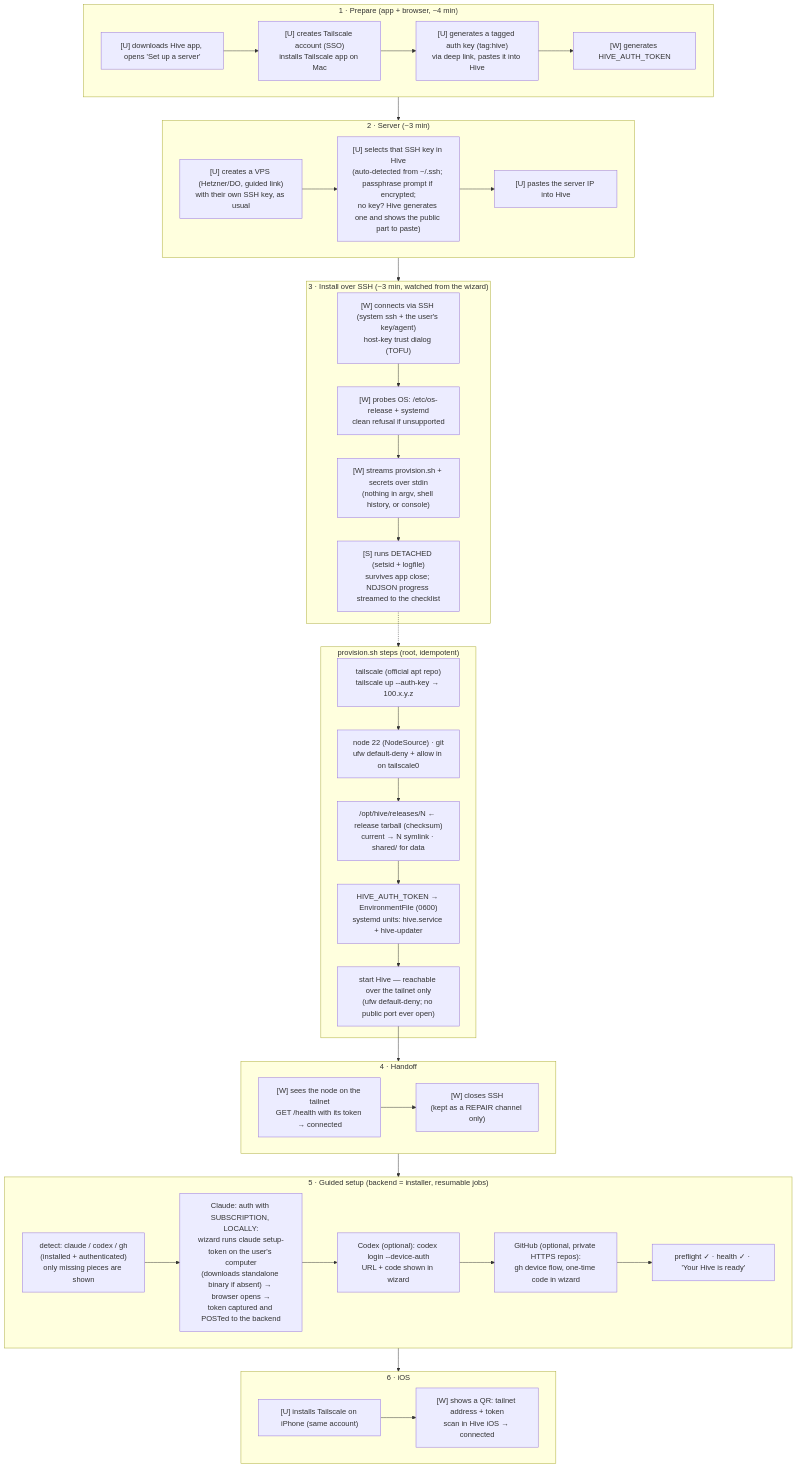
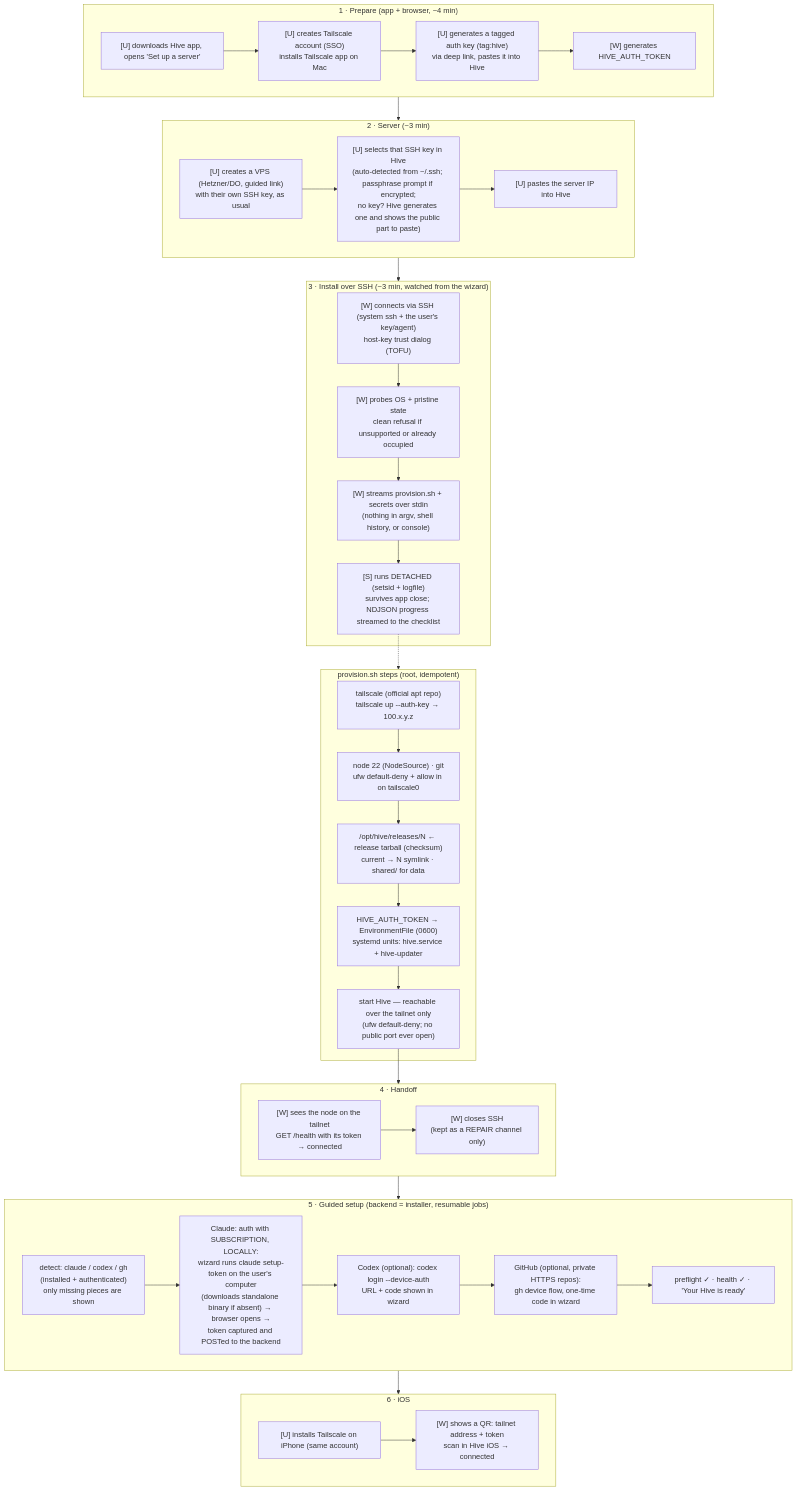
The first of 3 diagrams in docs/install-flow.md (unfence-labs/hive), drawn with Mermaid before and after one commit. The commit also changed other lines of this file and 1 other file, not shown here.

First line of the commit message:
review: refuse non-pristine servers; no migration tool in v1

````diff
--- a/docs/install-flow.md
+++ b/docs/install-flow.md
@@ -60,59 +60,59 @@
 ```mermaid
 flowchart TD
     subgraph P1["1 · Prepare (app + browser, ~4 min)"]
         A1["[U] downloads Hive app, opens 'Set up a server'"]
         A2["[U] creates Tailscale account (SSO)<br/>installs Tailscale app on Mac"]
         A3["[U] generates a tagged auth key (tag:hive)<br/>via deep link, pastes it into Hive"]
         A4["[W] generates HIVE_AUTH_TOKEN"]
         A1 --> A2 --> A3 --> A4
     end
 
     subgraph P2["2 · Server (~3 min)"]
         B1["[U] creates a VPS (Hetzner/DO, guided link)<br/>with their own SSH key, as usual"]
         B2["[U] selects that SSH key in Hive<br/>(auto-detected from ~/.ssh; passphrase prompt if encrypted;<br/>no key? Hive generates one and shows the public part to paste)"]
         B3["[U] pastes the server IP into Hive"]
         B1 --> B2 --> B3
     end
 
     subgraph P3["3 · Install over SSH (~3 min, watched from the wizard)"]
         C1["[W] connects via SSH (system ssh + the user's key/agent)<br/>host-key trust dialog (TOFU)"]
-        C2["[W] probes OS: /etc/os-release + systemd<br/>clean refusal if unsupported"]
+        C2["[W] probes OS + pristine state<br/>clean refusal if unsupported or already occupied"]
         C3["[W] streams provision.sh + secrets over stdin<br/>(nothing in argv, shell history, or console)"]
         C4["[S] runs DETACHED (setsid + logfile)<br/>survives app close; NDJSON progress streamed to the checklist"]
         C1 --> C2 --> C3 --> C4
     end
 
     subgraph PS["provision.sh steps (root, idempotent)"]
         S1["tailscale (official apt repo)<br/>tailscale up --auth-key → 100.x.y.z"]
         S2["node 22 (NodeSource) · git<br/>ufw default-deny + allow in on tailscale0"]
         S3["/opt/hive/releases/N ← release tarball (checksum)<br/>current → N symlink · shared/ for data"]
         S4["HIVE_AUTH_TOKEN → EnvironmentFile (0600)<br/>systemd units: hive.service + hive-updater"]
         S5["start Hive — reachable over the tailnet only<br/>(ufw default-deny; no public port ever open)"]
         S1 --> S2 --> S3 --> S4 --> S5
     end
 
     subgraph P4["4 · Handoff"]
         D1["[W] sees the node on the tailnet<br/>GET /health with its token → connected"]
         D2["[W] closes SSH<br/>(kept as a REPAIR channel only)"]
         D1 --> D2
     end
 
     subgraph P5["5 · Guided setup (backend = installer, resumable jobs)"]
         E1["detect: claude / codex / gh<br/>(installed + authenticated)<br/>only missing pieces are shown"]
         E2["Claude: auth with SUBSCRIPTION, LOCALLY:<br/>wizard runs claude setup-token on the user's computer<br/>(downloads standalone binary if absent) → browser opens →<br/>token captured and POSTed to the backend"]
         E3["Codex (optional): codex login --device-auth<br/>URL + code shown in wizard"]
         E4["GitHub (optional, private HTTPS repos):<br/>gh device flow, one-time code in wizard"]
         E5["preflight ✓ · health ✓ · 'Your Hive is ready'"]
         E1 --> E2 --> E3 --> E4 --> E5
     end
 
     subgraph P6["6 · iOS"]
         F1["[U] installs Tailscale on iPhone (same account)"]
         F2["[W] shows a QR: tailnet address + token<br/>scan in Hive iOS → connected"]
         F1 --> F2
     end
 
     P1 --> P2 --> P3
     C4 -.-> PS
     S5 --> P4 --> P5 --> P6
 ```
````
